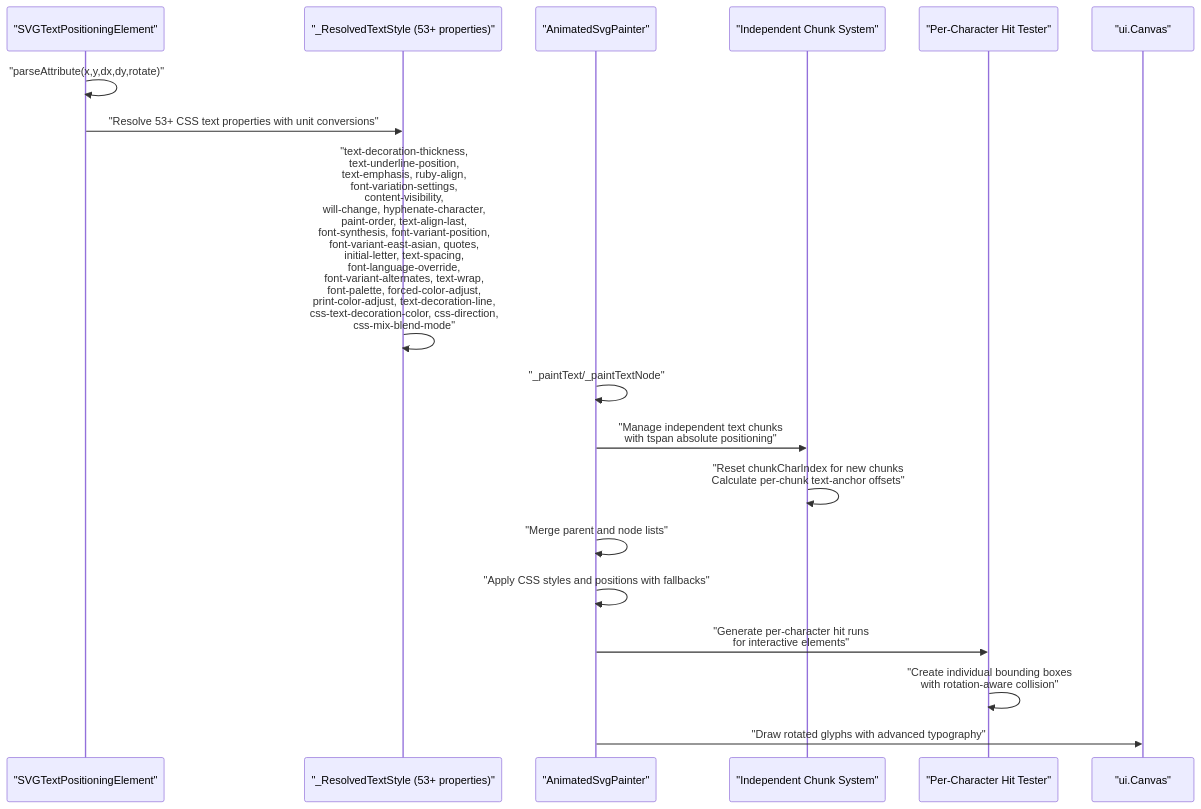
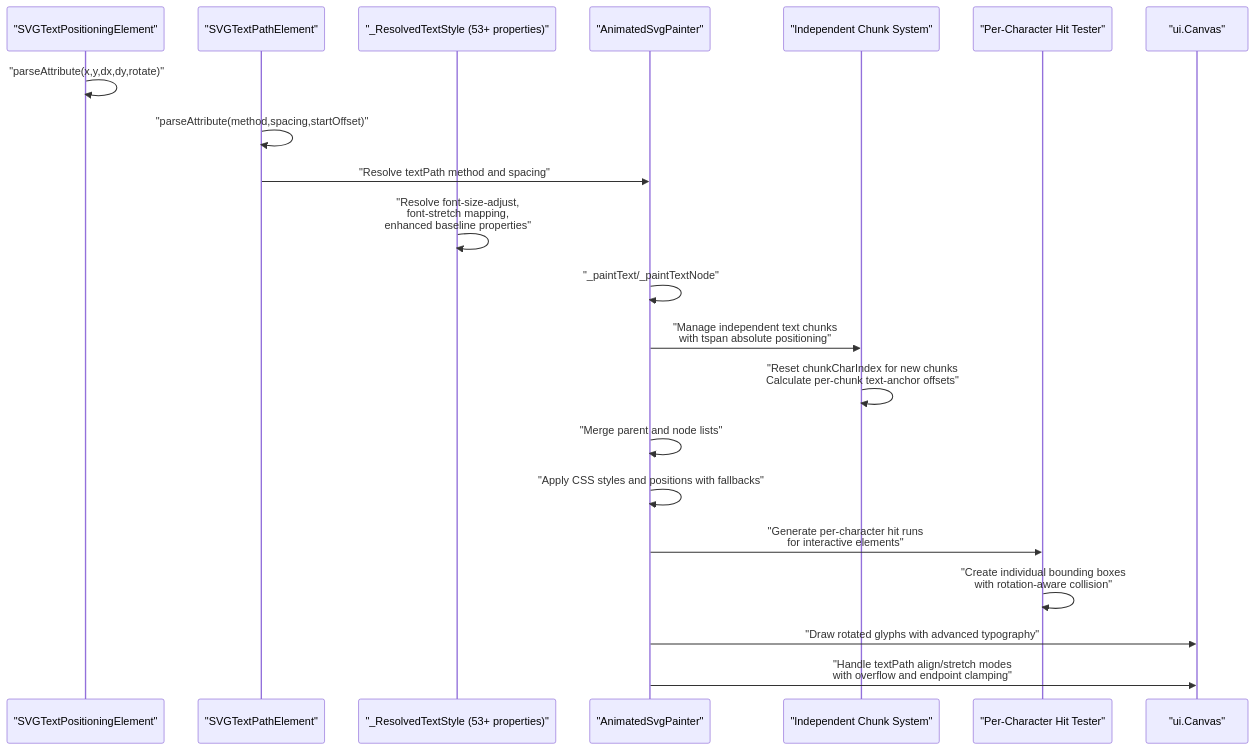
Before and after one commit to denisnadey/flutter_full_svg_support: the second of 6 diagrams in .qoder/repowiki/en/content/Animated SVG Support/Text Positioning Attributes.md, drawn with Mermaid. The commit also changed other lines of this file and 31 other files, not shown here.

````diff
--- a/.qoder/repowiki/en/content/Animated SVG Support/Text Positioning Attributes.md
+++ b/.qoder/repowiki/en/content/Animated SVG Support/Text Positioning Attributes.md
@@ -141,20 +170,23 @@
 ```mermaid
 sequenceDiagram
 participant Parser as "SVGTextPositioningElement"
+participant TextPath as "SVGTextPathElement"
 participant CSSResolver as "_ResolvedTextStyle (53+ properties)"
 participant Renderer as "AnimatedSvgPainter"
 participant ChunkSystem as "Independent Chunk System"
 participant HitTester as "Per-Character Hit Tester"
 participant Canvas as "ui.Canvas"
 Parser->>Parser : "parseAttribute(x,y,dx,dy,rotate)"
-Parser->>CSSResolver : "Resolve 53+ CSS text properties with unit conversions"
-CSSResolver->>CSSResolver : "text-decoration-thickness,<br/>text-underline-position,<br/>text-emphasis, ruby-align,<br/>font-variation-settings,<br/>content-visibility,<br/>will-change, hyphenate-character,<br/>paint-order, text-align-last,<br/>font-synthesis, font-variant-position,<br/>font-variant-east-asian, quotes,<br/>initial-letter, text-spacing,<br/>font-language-override,<br/>font-variant-alternates, text-wrap,<br/>font-palette, forced-color-adjust,<br/>print-color-adjust, text-decoration-line,<br/>css-text-decoration-color, css-direction,<br/>css-mix-blend-mode"
+TextPath->>TextPath : "parseAttribute(method,spacing,startOffset)"
+TextPath->>Renderer : "Resolve textPath method and spacing"
+CSSResolver->>CSSResolver : "Resolve font-size-adjust,<br/>font-stretch mapping,<br/>enhanced baseline properties"
 Renderer->>Renderer : "_paintText/_paintTextNode"
 Renderer->>ChunkSystem : "Manage independent text chunks<br/>with tspan absolute positioning"
 ChunkSystem->>ChunkSystem : "Reset chunkCharIndex for new chunks<br/>Calculate per-chunk text-anchor offsets"
 Renderer->>Renderer : "Merge parent and node lists"
 Renderer->>Renderer : "Apply CSS styles and positions with fallbacks"
 Renderer->>HitTester : "Generate per-character hit runs<br/>for interactive elements"
 HitTester->>HitTester : "Create individual bounding boxes<br/>with rotation-aware collision"
 Renderer->>Canvas : "Draw rotated glyphs with advanced typography"
+Renderer->>Canvas : "Handle textPath align/stretch modes<br/>with overflow and endpoint clamping"
 ```
````
